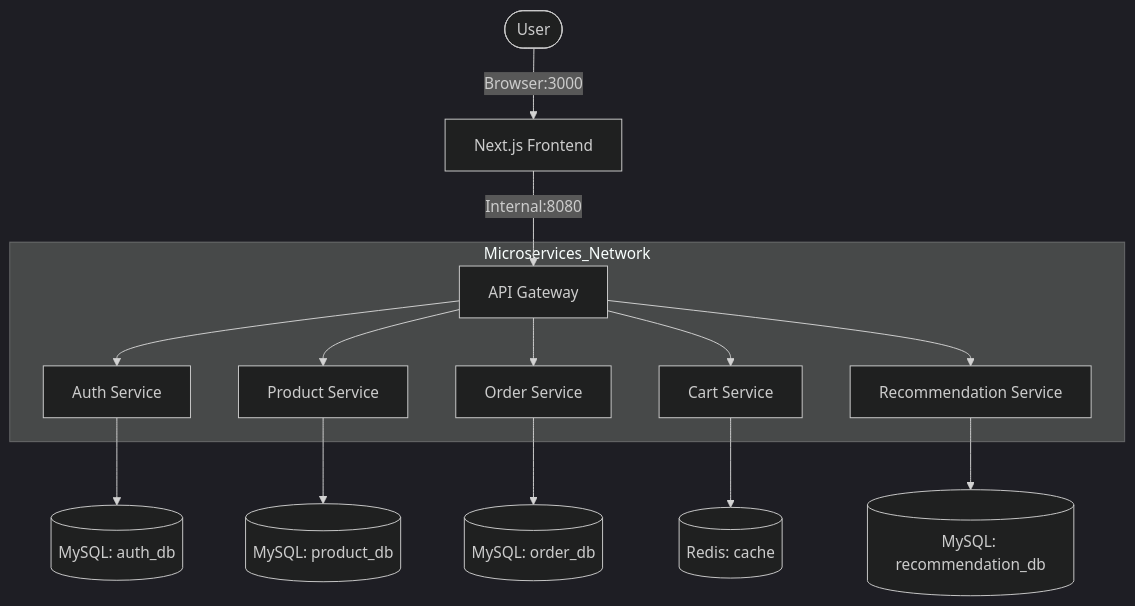
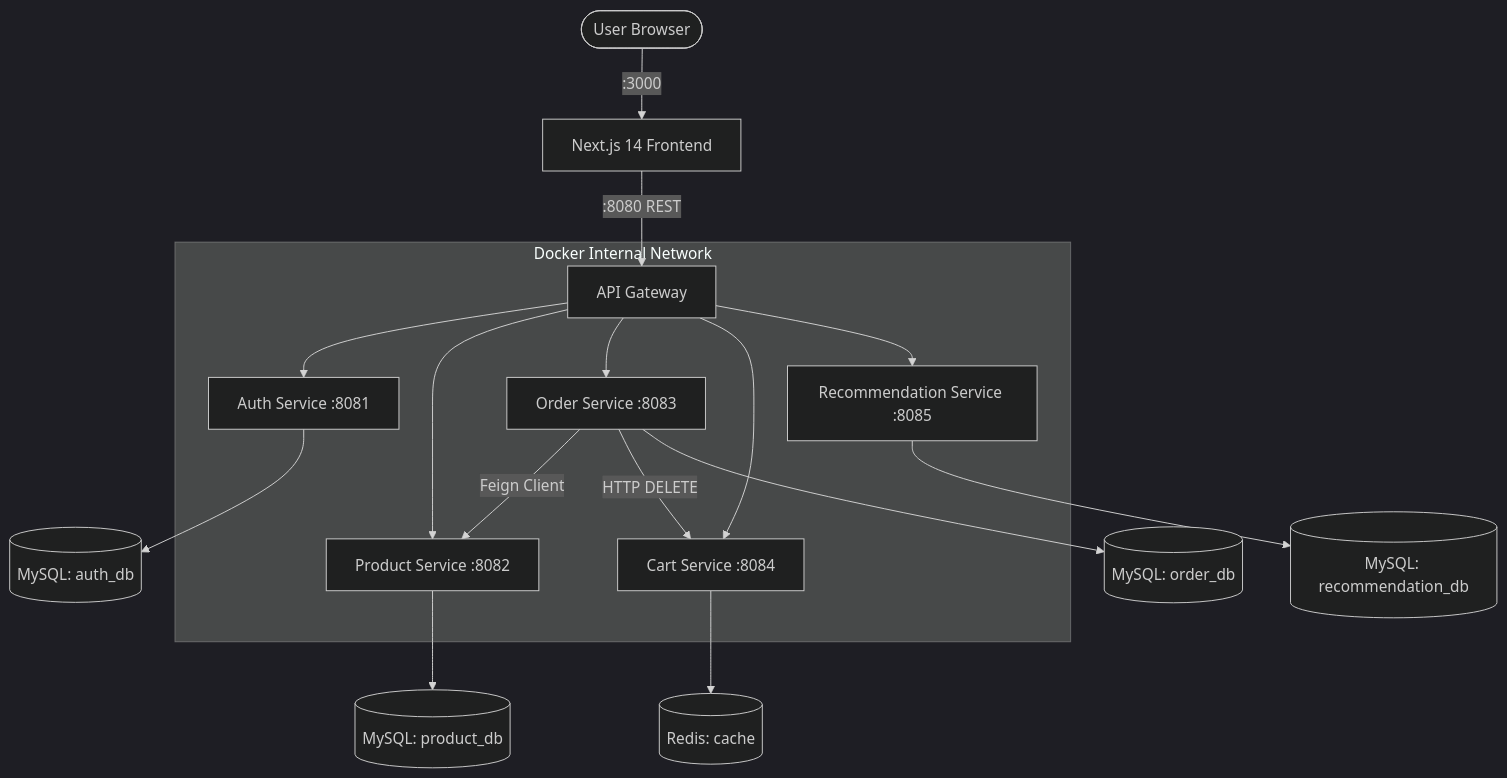
One commit to AkhilMylaram/IceCream-Hub changed the diagram in architecture.md. Above: the diagram before and after it, drawn with Mermaid (dark theme). The commit also changed other lines of this file and 9 other files, not shown here.

````diff
--- a/architecture.md
+++ b/architecture.md
@@ -9,19 +11,22 @@
 ```mermaid
 graph TD
-    User([User]) -->|Browser:3000| Frontend[Next.js Frontend]
-    Frontend -->|Internal:8080| Gateway[API Gateway]
+    User([User Browser]) -->|:3000| Frontend[Next.js 14 Frontend]
+    Frontend -->|:8080 REST| Gateway[API Gateway]
     
-    subgraph Microservices_Network
-        Gateway --> Auth[Auth Service]
-        Gateway --> Product[Product Service]
-        Gateway --> Order[Order Service]
-        Gateway --> Cart[Cart Service]
-        Gateway --> Rec[Recommendation Service]
+    subgraph Microservices_Network ["Docker Internal Network"]
+        Gateway --> Auth[Auth Service :8081]
+        Gateway --> Product[Product Service :8082]
+        Gateway --> Order[Order Service :8083]
+        Gateway --> Cart[Cart Service :8084]
+        Gateway --> Rec[Recommendation Service :8085]
+        
+        Order -->|Feign Client| Product
+        Order -->|HTTP DELETE| Cart
     end
     
     Auth --> AuthDB[(MySQL: auth_db)]
     Product --> ProductDB[(MySQL: product_db)]
     Order --> OrderDB[(MySQL: order_db)]
     Cart --> CartCache[(Redis: cache)]
     Rec --> RecDB[(MySQL: recommendation_db)]
 ```
````
